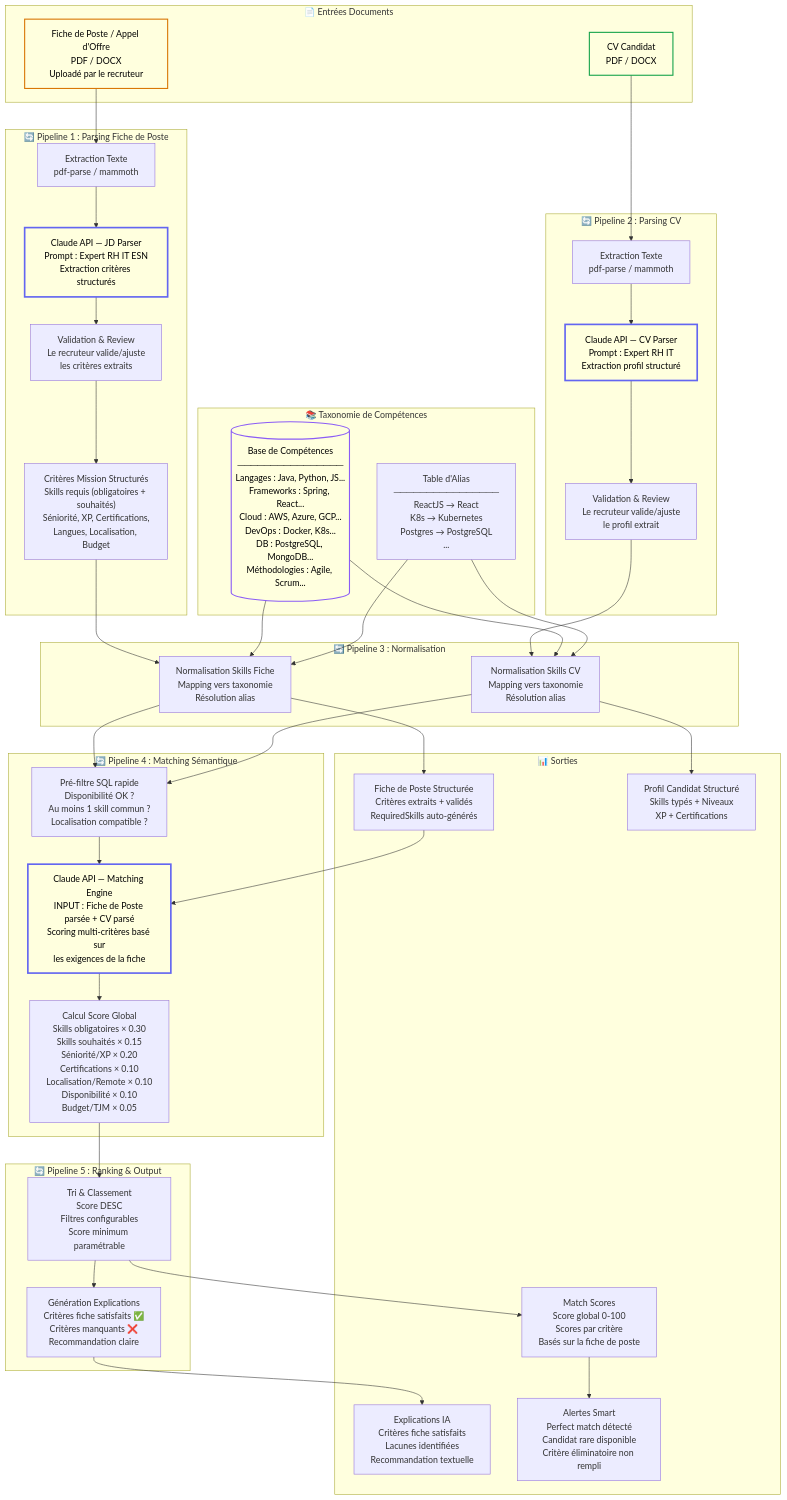
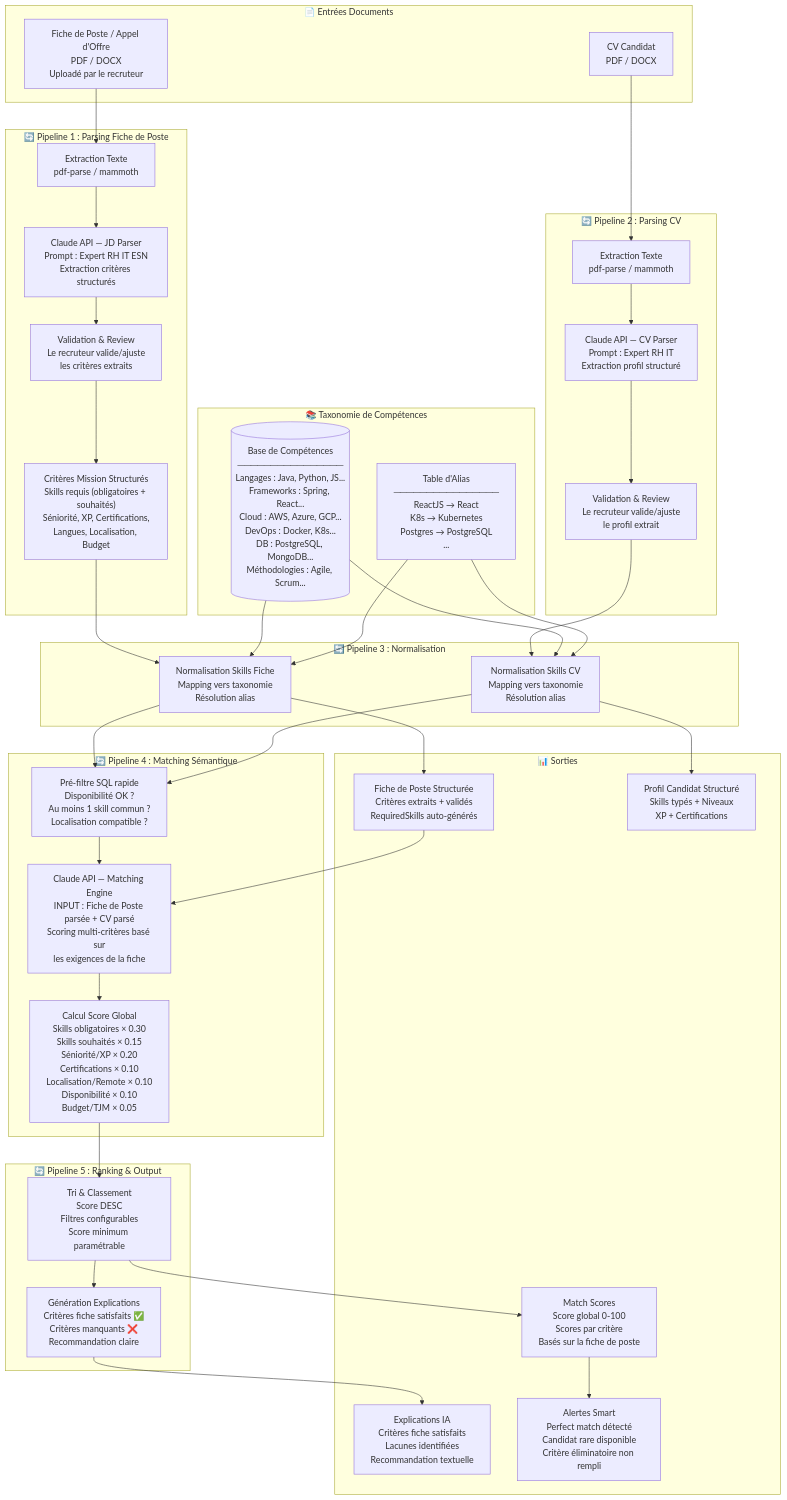
The diagram in docs/diagrams/flows/ai-pipeline.md (MisterRaymond/staffing-ai-architecture), drawn with Mermaid before and after one commit. The commit also changed 2 other files, not shown here.

Commit message:
fix: suppression de tous les styles custom pour compatibilité dark mode GitHub
- Suppression de tous les 'style' Mermaid (fill, color, stroke custom)
- Mermaid utilise maintenant ses couleurs natives adaptées au thème GitHub
- Le texte est lisible en dark mode ET light mode
- staffing-teams.md : bloc Clients réorganisé avec 'direction LR' pour éviter le chevauchement
- ai-pipeline.md : styles custom supprimés
- multi-tenant-resolution.md : styles custom supprimés

````diff
--- a/docs/diagrams/flows/ai-pipeline.md
+++ b/docs/diagrams/flows/ai-pipeline.md
@@ -80,10 +80,4 @@
     EXPLAIN --> EXPLANATIONS
     SCORES --> ALERTS
 
-    style JD_PARSE fill:transparent,stroke:#6366f1,stroke-width:3px,color:#000
-    style CV_PARSE fill:transparent,stroke:#6366f1,stroke-width:3px,color:#000
-    style MATCH fill:transparent,stroke:#6366f1,stroke-width:3px,color:#000
-    style JD fill:transparent,stroke:#d97706,stroke-width:2px,color:#000
-    style CV fill:transparent,stroke:#16a34a,stroke-width:2px,color:#000
-    style TAX_DB fill:transparent,stroke:#8b5cf6,stroke-width:2px,color:#000
 ```
````
